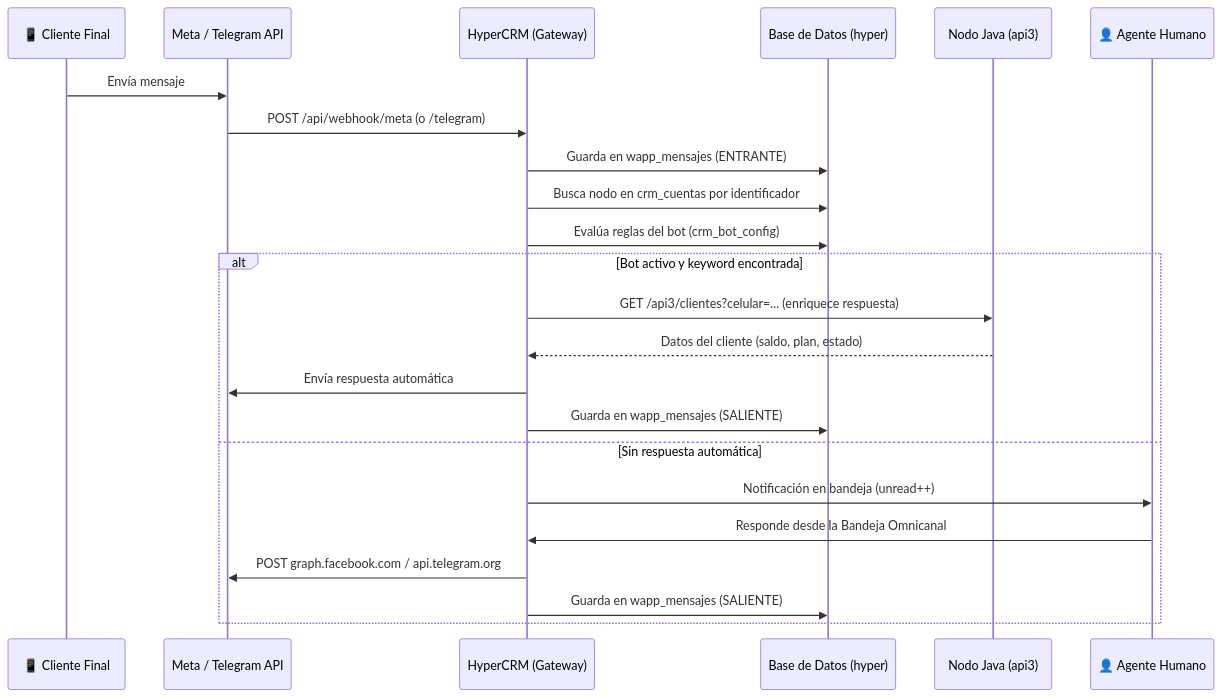
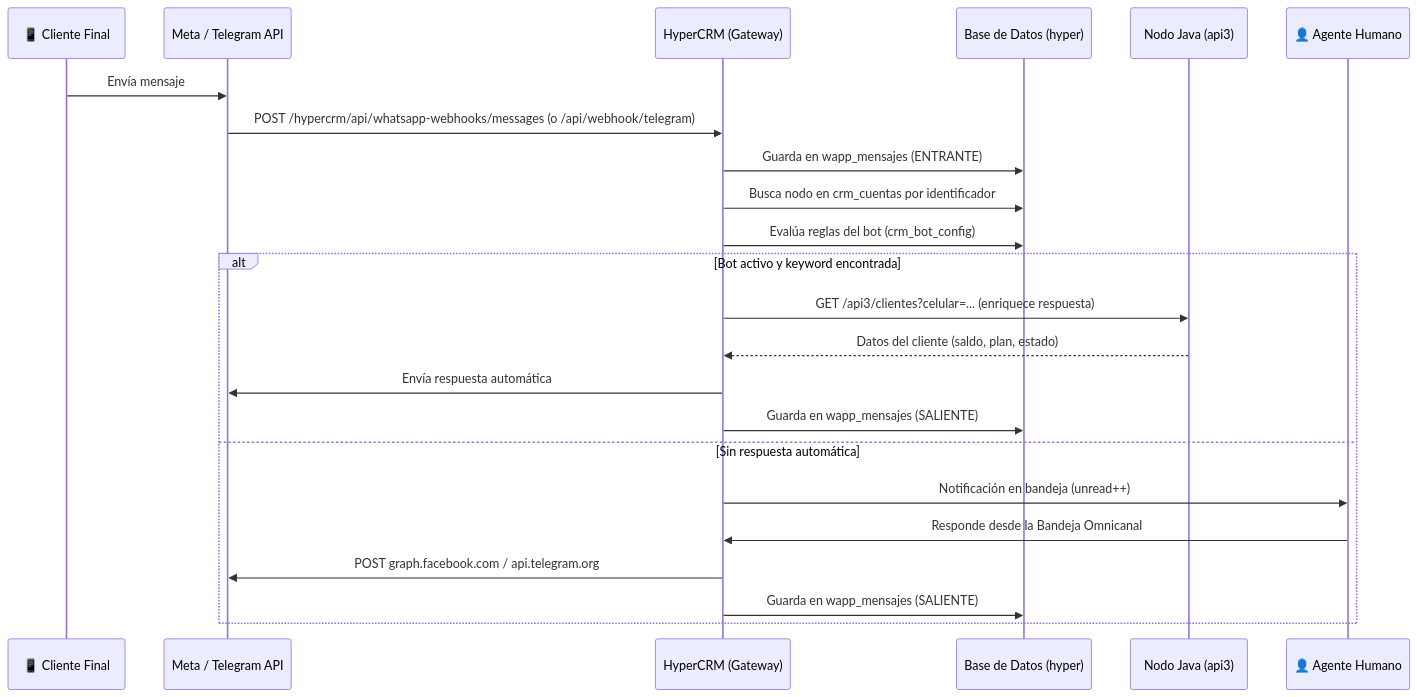
The diagram in Hypercrm/diseño y Arquitectura .md (gbiloni/hyper), drawn with Mermaid before and after one commit. The commit also changed other lines of this file and 4 other files, not shown here.

First line of the commit message:
Elimina el webhook legacy /api/webhook/meta

````diff
--- a/Hypercrm/diseño y Arquitectura .md
+++ b/Hypercrm/diseño y Arquitectura .md
@@ -126,26 +126,26 @@
 ```mermaid
 sequenceDiagram
     participant Cliente as 📱 Cliente Final
     participant Meta as Meta / Telegram API
     participant CRM as HyperCRM (Gateway)
     participant DB as Base de Datos (hyper)
     participant Java as Nodo Java (api3)
     participant Agente as 👤 Agente Humano
 
     Cliente->>Meta: Envía mensaje
-    Meta->>CRM: POST /api/webhook/meta (o /telegram)
+    Meta->>CRM: POST /hypercrm/api/whatsapp-webhooks/messages (o /api/webhook/telegram)
     CRM->>DB: Guarda en wapp_mensajes (ENTRANTE)
     CRM->>DB: Busca nodo en crm_cuentas por identificador
     CRM->>DB: Evalúa reglas del bot (crm_bot_config)
     alt Bot activo y keyword encontrada
         CRM->>Java: GET /api3/clientes?celular=... (enriquece respuesta)
         Java-->>CRM: Datos del cliente (saldo, plan, estado)
         CRM->>Meta: Envía respuesta automática
         CRM->>DB: Guarda en wapp_mensajes (SALIENTE)
     else Sin respuesta automática
         CRM->>Agente: Notificación en bandeja (unread++)
         Agente->>CRM: Responde desde la Bandeja Omnicanal
         CRM->>Meta: POST graph.facebook.com / api.telegram.org
         CRM->>DB: Guarda en wapp_mensajes (SALIENTE)
     end
 ```
````
